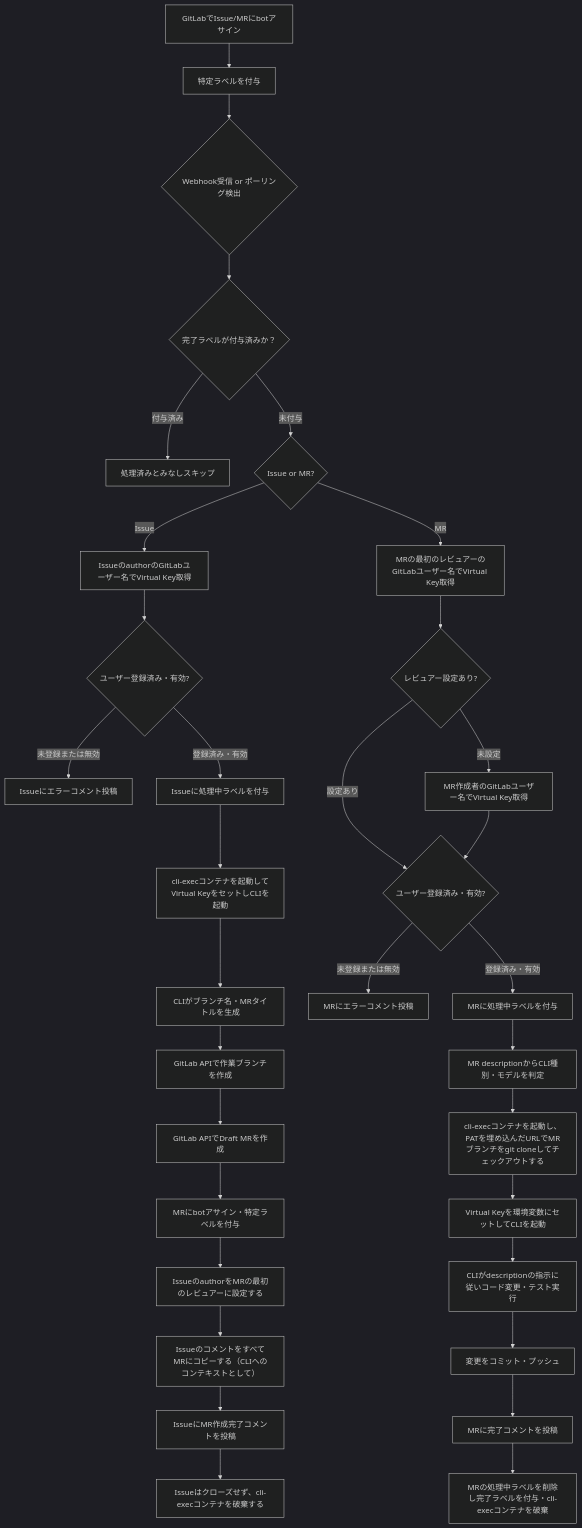
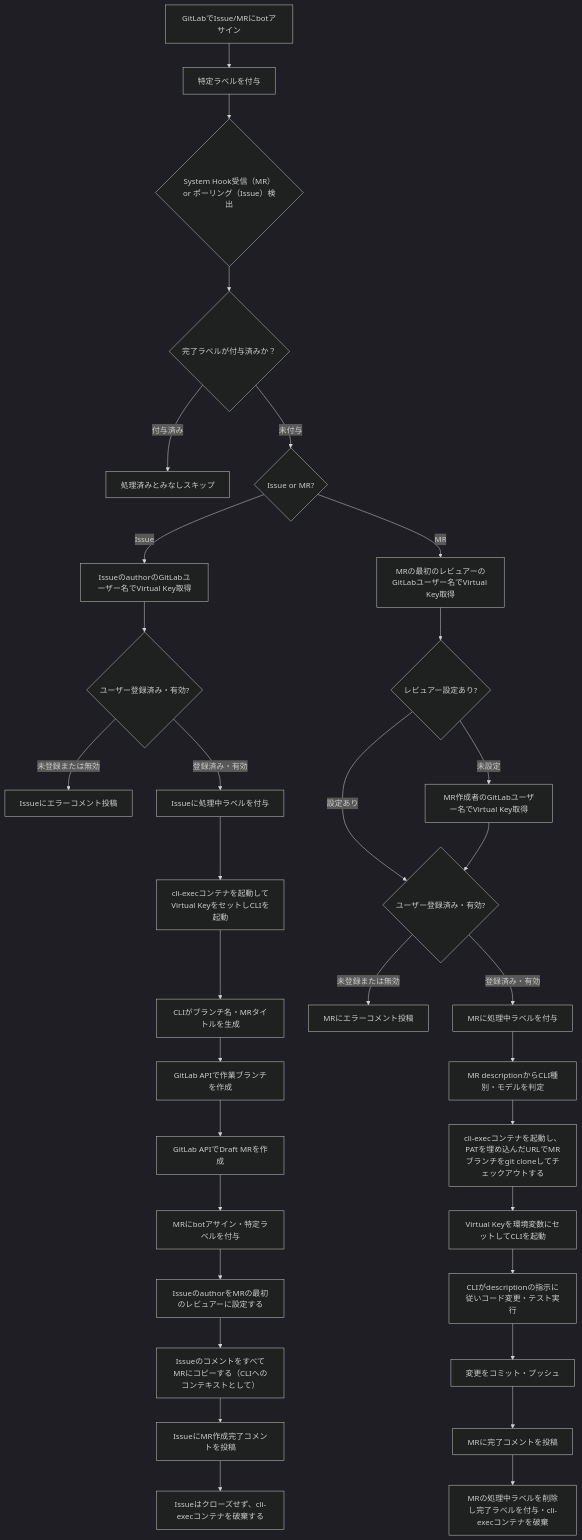
The first of 3 diagrams in docs/requirements.md (notfolder/CodingAgentAutomata), drawn with Mermaid (dark theme) before and after one commit. The commit also changed other lines of this file and 4 other files, not shown here.

````diff
--- a/docs/requirements.md
+++ b/docs/requirements.md
@@ -58,37 +58,37 @@
 ```mermaid
 flowchart TD
     A[GitLabでIssue/MRにbotアサイン] --> B[特定ラベルを付与]
-    B --> C{Webhook受信 or ポーリング検出}
+    B --> C{System Hook受信（MR）or ポーリング（Issue）検出}
     C --> C2{完了ラベルが付与済みか？}
     C2 -->|付与済み| C3[処理済みとみなしスキップ]
     C2 -->|未付与| D{Issue or MR?}
 
     D -->|Issue| E[IssueのauthorのGitLabユーザー名でVirtual Key取得]
     E --> F{ユーザー登録済み・有効?}
     F -->|未登録または無効| G[Issueにエラーコメント投稿]
     F -->|登録済み・有効| H0[Issueに処理中ラベルを付与]
     H0 --> H[cli-execコンテナを起動してVirtual KeyをセットしCLIを起動]
     H --> I[CLIがブランチ名・MRタイトルを生成]
     I --> J[GitLab APIで作業ブランチを作成]
     J --> K[GitLab APIでDraft MRを作成]
     K --> L[MRにbotアサイン・特定ラベルを付与]
     L --> L2[IssueのauthorをMRの最初のレビュアーに設定する]
     L2 --> L3[IssueのコメントをすべてMRにコピーする（CLIへのコンテキストとして）]
     L3 --> M[IssueにMR作成完了コメントを投稿]
     M --> N[Issueはクローズせず、cli-execコンテナを破棄する]
 
     D -->|MR| O[MRの最初のレビュアーのGitLabユーザー名でVirtual Key取得]
     O --> P{レビュアー設定あり?}
     P -->|未設定| Q[MR作成者のGitLabユーザー名でVirtual Key取得]
     P -->|設定あり| R{ユーザー登録済み・有効?}
     Q --> R
     R -->|未登録または無効| S[MRにエラーコメント投稿]
     R -->|登録済み・有効| T0[MRに処理中ラベルを付与]
     T0 --> T[MR descriptionからCLI種別・モデルを判定]
     T --> U[cli-execコンテナを起動し、PATを埋め込んだURLでMRブランチをgit cloneしてチェックアウトする]
     U --> V[Virtual Keyを環境変数にセットしてCLIを起動]
     V --> W[CLIがdescriptionの指示に従いコード変更・テスト実行]
     W --> X[変更をコミット・プッシュ]
     X --> Y[MRに完了コメントを投稿]
     Y --> Z[MRの処理中ラベルを削除し完了ラベルを付与・cli-execコンテナを破棄]
 ```
````
